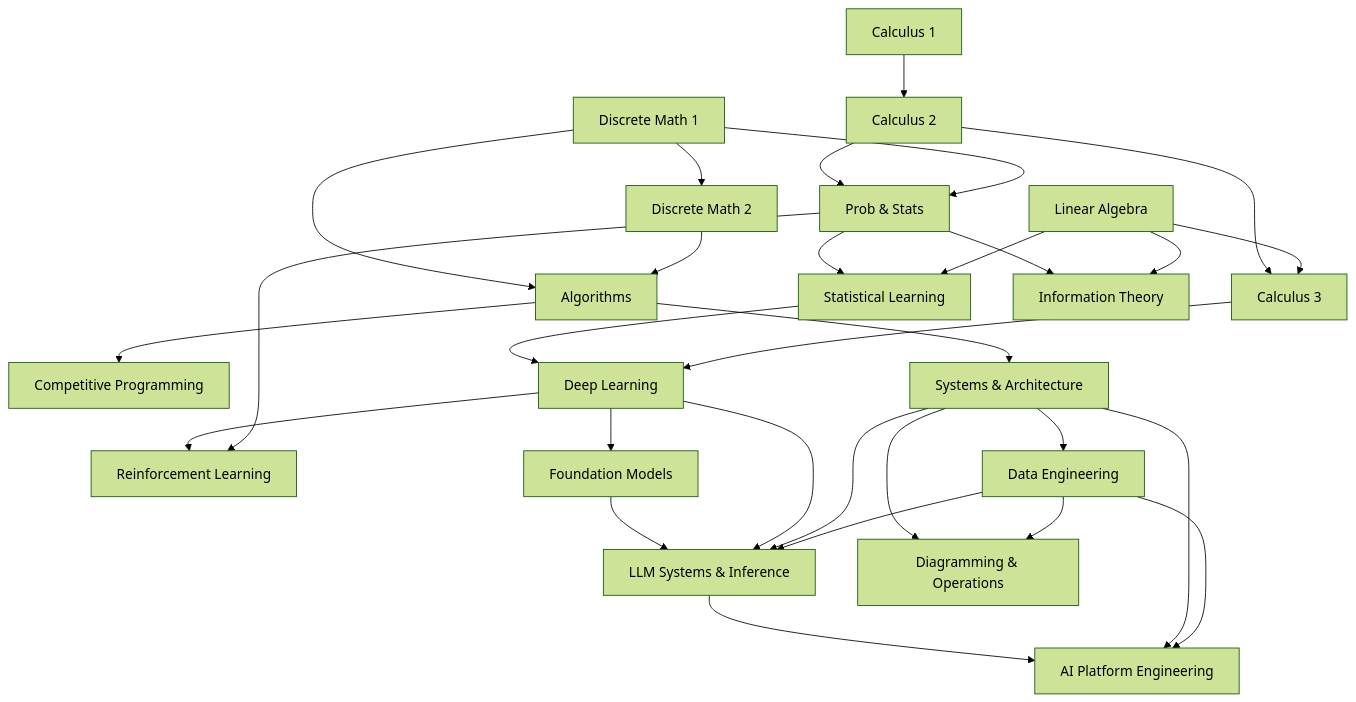
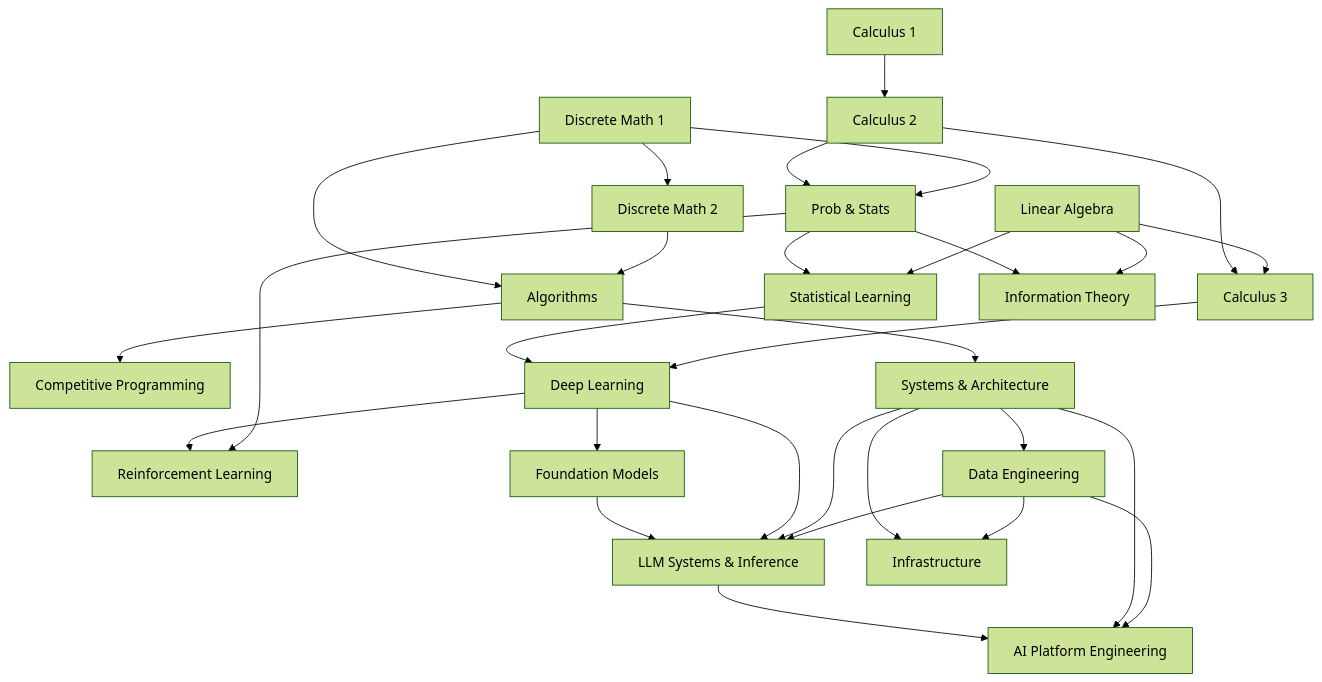
One commit to urmzd/supersource changed the diagram in README.md. Above: the diagram before and after it, drawn with Mermaid (forest theme). The commit also changed other lines of this file and 45 other files, not shown here.

First line of the commit message:
feat(infrastructure): split diagramming-and-operations into focused tracks

````diff
--- a/README.md
+++ b/README.md
@@ -138,38 +139,38 @@
 ```mermaid
 graph TD
     C1[Calculus 1] --> C2[Calculus 2]
     C2 --> C3[Calculus 3]
     LA[Linear Algebra] --> C3
     D1[Discrete Math 1] --> D2[Discrete Math 2]
     C2 --> PS[Prob & Stats]
     D1 --> PS
 
     D1 --> ALG[Algorithms]
     D2 --> ALG
     ALG --> CP[Competitive Programming]
 
     PS --> SL[Statistical Learning]
     LA --> SL
     SL --> DL[Deep Learning]
     C3 --> DL
     DL --> RL[Reinforcement Learning]
     PS --> RL
     DL --> FM[Foundation Models]
 
     PS --> IT[Information Theory]
     LA --> IT
 
     ALG --> SYS[Systems & Architecture]
     SYS --> DE[Data Engineering]
     FM --> LLM[LLM Systems & Inference]
     DL --> LLM
     SYS --> LLM
     DE --> LLM
 
-    SYS --> DGO[Diagramming & Operations]
-    DE --> DGO
+    SYS --> INFRA[Infrastructure]
+    DE --> INFRA
 
     LLM --> AIP[AI Platform Engineering]
     SYS --> AIP
     DE --> AIP
 ```
````
